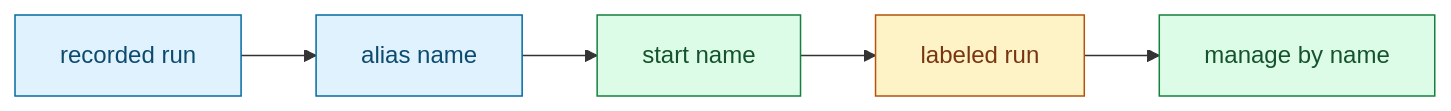
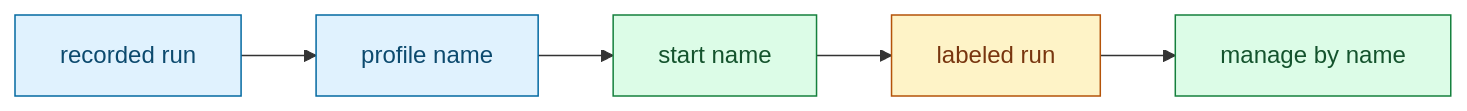
One commit to RchGrav/HoldOn changed the fifth of 7 diagrams in docs/quickstart.md. Above: the diagram before and after it, drawn with Mermaid. The commit also changed other lines of this file and 11 other files, not shown here.

````diff
--- a/docs/quickstart.md
+++ b/docs/quickstart.md
@@ -205,14 +205,14 @@
 ```mermaid
 flowchart LR
-    Run["recorded run"] --> Alias["alias name"]
+    Run["recorded run"] --> Alias["profile name"]
     Alias --> Start["start name"]
     Start --> Labeled["labeled run"]
     Labeled --> Manage["manage by name"]
 
     classDef input fill:#e0f2fe,stroke:#0369a1,color:#0c4a6e
     classDef state fill:#fef3c7,stroke:#b45309,color:#78350f
     classDef action fill:#dcfce7,stroke:#15803d,color:#14532d
     class Run,Alias input
     class Labeled state
     class Start,Manage action
 ```
````
